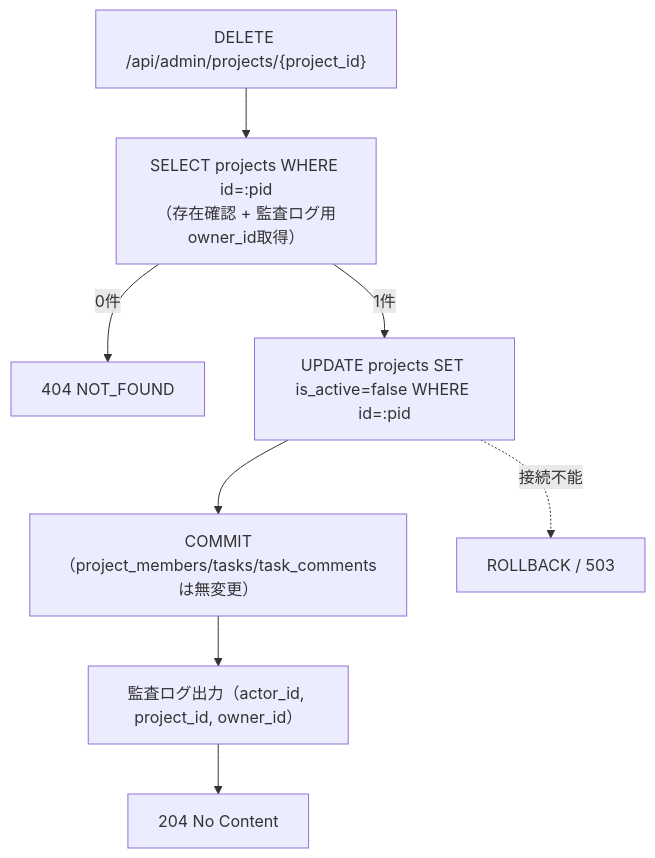
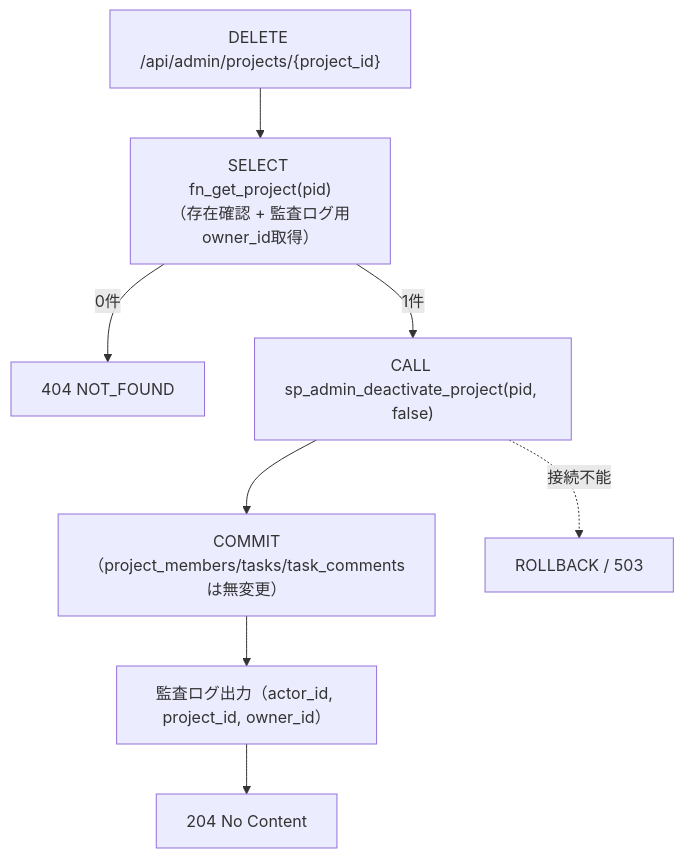
The fourth of 4 diagrams in detailed_design/api/admin/06_delete_admin_project.md (oikawa-d/task_management), drawn with Mermaid before and after one commit. The commit also changed other lines of this file and 58 other files, not shown here.

````diff
--- a/detailed_design/api/admin/06_delete_admin_project.md
+++ b/detailed_design/api/admin/06_delete_admin_project.md
@@ -185,10 +185,10 @@
 ```mermaid
 flowchart TB
-    A["DELETE /api/admin/projects/{project_id}"] --> B["SELECT projects WHERE id=:pid<br/>（存在確認 + 監査ログ用owner_id取得）"]
+    A["DELETE /api/admin/projects/{project_id}"] --> B["SELECT fn_get_project(pid)<br/>（存在確認 + 監査ログ用owner_id取得）"]
     B -->|"0件"| Z["404 NOT_FOUND"]
-    B -->|"1件"| C["UPDATE projects SET is_active=false WHERE id=:pid"]
+    B -->|"1件"| C["CALL sp_admin_deactivate_project(pid, false)"]
     C --> G["COMMIT（project_members/tasks/task_commentsは無変更）"]
     G --> H["監査ログ出力（actor_id, project_id, owner_id）"]
     H --> I["204 No Content"]
     C -.->|"接続不能"| J["ROLLBACK / 503"]
 ```
````
